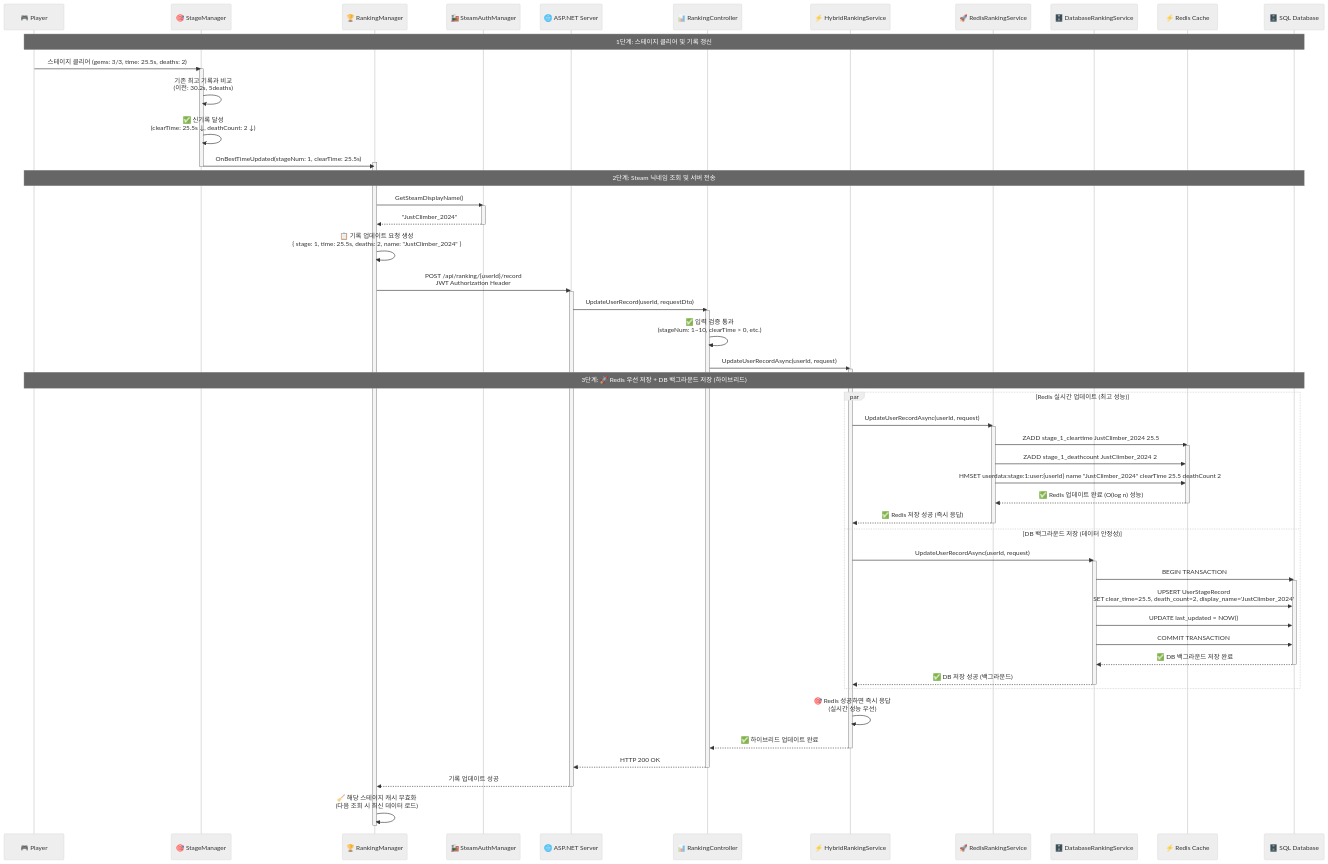
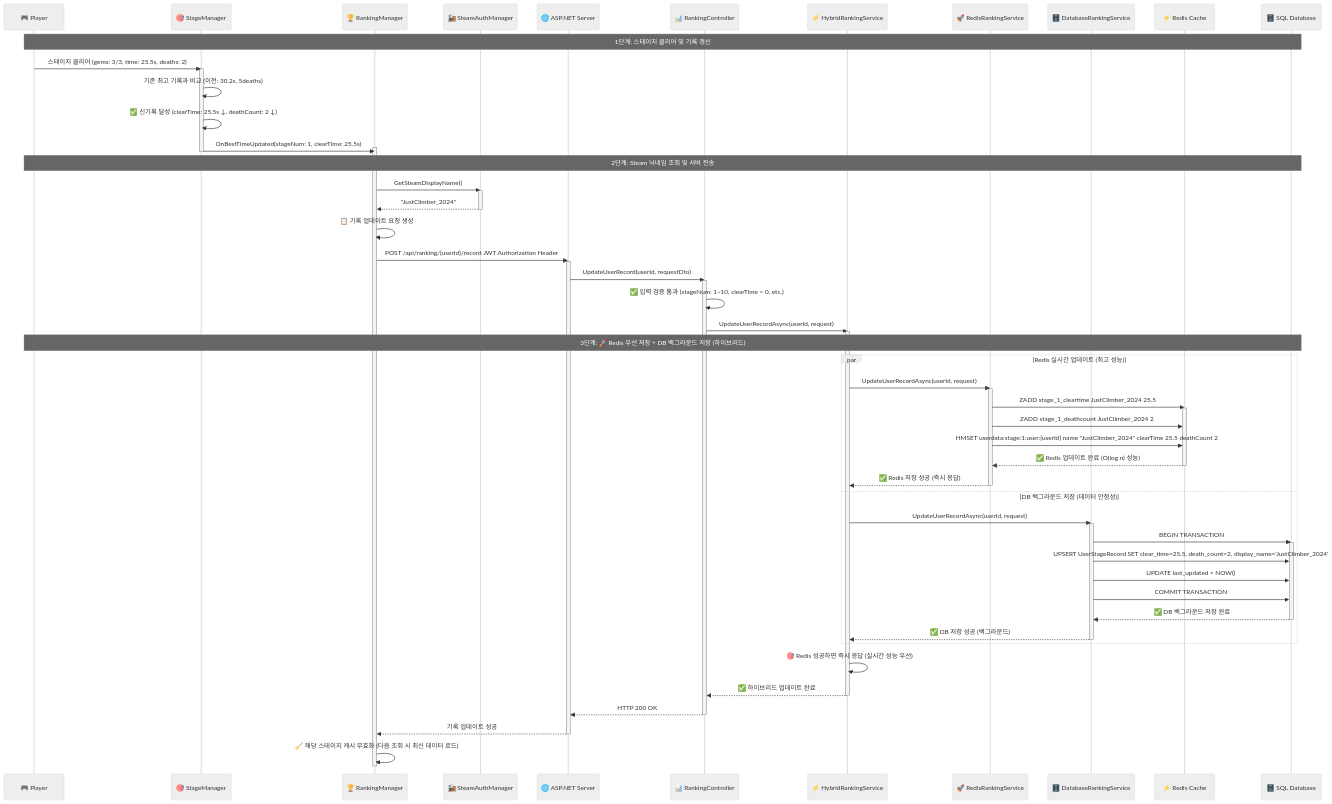
The second of 7 diagrams in 랭킹·업적 시스템 시퀀스 다이어그램.md (heejune1209/Just-climb-), drawn with Mermaid (neutral theme) before and after one commit. The commit also changed other lines of this file, not shown here.

````diff
--- a/랭킹·업적 시스템 시퀀스 다이어그램.md
+++ b/랭킹·업적 시스템 시퀀스 다이어그램.md
@@ -75,8 +75,8 @@
     Player->>StageSystem: 스테이지 클리어 (gems: 3/3, time: 25.5s, deaths: 2)
     activate StageSystem
     
-    StageSystem->>StageSystem: 기존 최고 기록과 비교<br/>(이전: 30.2s, 5deaths)
-    StageSystem->>StageSystem: ✅ 신기록 달성<br/>(clearTime: 25.5s ↓, deathCount: 2 ↓)
+    StageSystem->>StageSystem: 기존 최고 기록과 비교 (이전: 30.2s, 5deaths)
+    StageSystem->>StageSystem: ✅ 신기록 달성 (clearTime: 25.5s ↓, deathCount: 2 ↓)
     
     StageSystem->>RankingMgr: OnBestTimeUpdated(stageNum: 1, clearTime: 25.5s)
     activate RankingMgr
@@ -88,15 +88,15 @@
     Steam-->>RankingMgr: "JustClimber_2024"
     deactivate Steam
     
-    RankingMgr->>RankingMgr: 📋 기록 업데이트 요청 생성<br/>{ stage: 1, time: 25.5s, deaths: 2, name: "JustClimber_2024" }
+    RankingMgr->>RankingMgr: 📋 기록 업데이트 요청 생성
     
-    RankingMgr->>Server: POST /api/ranking/{userId}/record<br/>JWT Authorization Header
+    RankingMgr->>Server: POST /api/ranking/{userId}/record JWT Authorization Header
     activate Server
     
     Server->>RankingAPI: UpdateUserRecord(userId, requestDto)
     activate RankingAPI
     
-    RankingAPI->>RankingAPI: ✅ 입력 검증 통과<br/>(stageNum: 1~10, clearTime > 0, etc.)
+    RankingAPI->>RankingAPI: ✅ 입력 검증 통과 (stageNum: 1~10, clearTime > 0, etc.)
     RankingAPI->>HybridService: UpdateUserRecordAsync(userId, request)
     activate HybridService
     
@@ -120,7 +120,7 @@
         
         DatabaseService->>Database: BEGIN TRANSACTION
         activate Database
-        DatabaseService->>Database: UPSERT UserStageRecord<br/>SET clear_time=25.5, death_count=2, display_name='JustClimber_2024'
+        DatabaseService->>Database: UPSERT UserStageRecord SET clear_time=25.5, death_count=2, display_name='JustClimber_2024'
         DatabaseService->>Database: UPDATE last_updated = NOW()
         DatabaseService->>Database: COMMIT TRANSACTION
         Database-->>DatabaseService: ✅ DB 백그라운드 저장 완료
@@ -130,7 +130,7 @@
         deactivate DatabaseService
     end
     
-    HybridService->>HybridService: 🎯 Redis 성공하면 즉시 응답<br/>(실시간 성능 우선)
+    HybridService->>HybridService: 🎯 Redis 성공하면 즉시 응답 (실시간 성능 우선)
     HybridService-->>RankingAPI: ✅ 하이브리드 업데이트 완료
     deactivate HybridService
     
@@ -139,6 +139,6 @@
     Server-->>RankingMgr: 기록 업데이트 성공
     deactivate Server
     
-    RankingMgr->>RankingMgr: 🧹 해당 스테이지 캐시 무효화<br/>(다음 조회 시 최신 데이터 로드)
+    RankingMgr->>RankingMgr: 🧹 해당 스테이지 캐시 무효화 (다음 조회 시 최신 데이터 로드)
     deactivate RankingMgr
 ```
````
